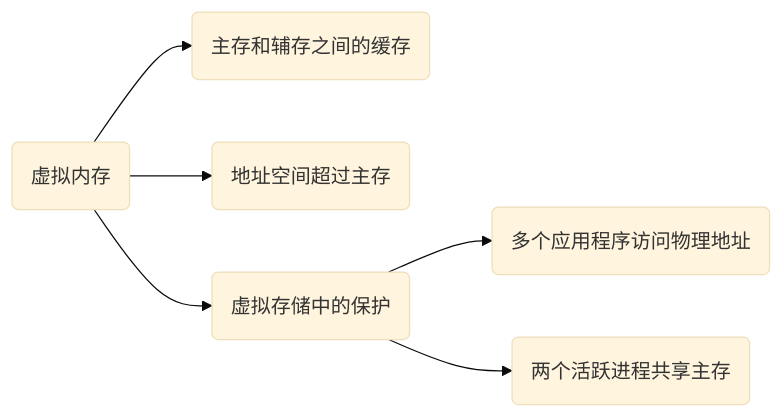
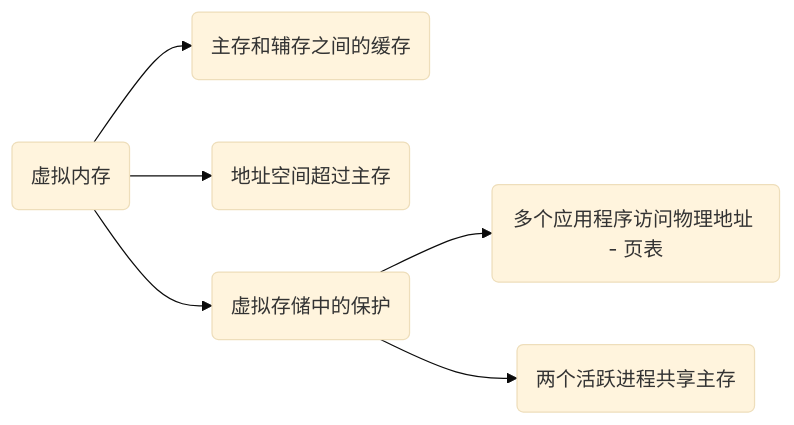
Before and after one commit to chenweigao/blogv2: the diagram in architecture/memory.md, drawn with Mermaid (base theme). The commit also changed other lines of this file and 1 other file, not shown here.

````diff
--- a/architecture/memory.md
+++ b/architecture/memory.md
@@ -100,11 +105,11 @@
 ```mermaid
 flowchart LR
 	id1(虚拟内存)
 	id1-1(主存和辅存之间的缓存)
 	id1-2(地址空间超过主存)
 	id1-3(虚拟存储中的保护)
 	id1 --> id1-1 & id1-2 & id1-3
-	id1-3-1(多个应用程序访问物理地址)
+	id1-3-1(多个应用程序访问物理地址 - 页表)
 	id1-3-2(两个活跃进程共享主存)
 	id1-3 --> id1-3-1 & id1-3-2
 ```
````
